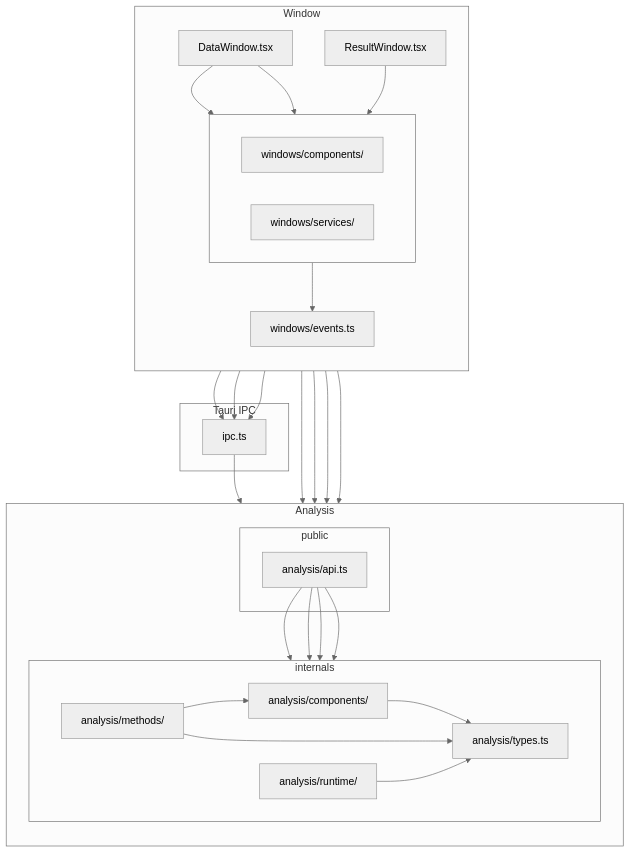
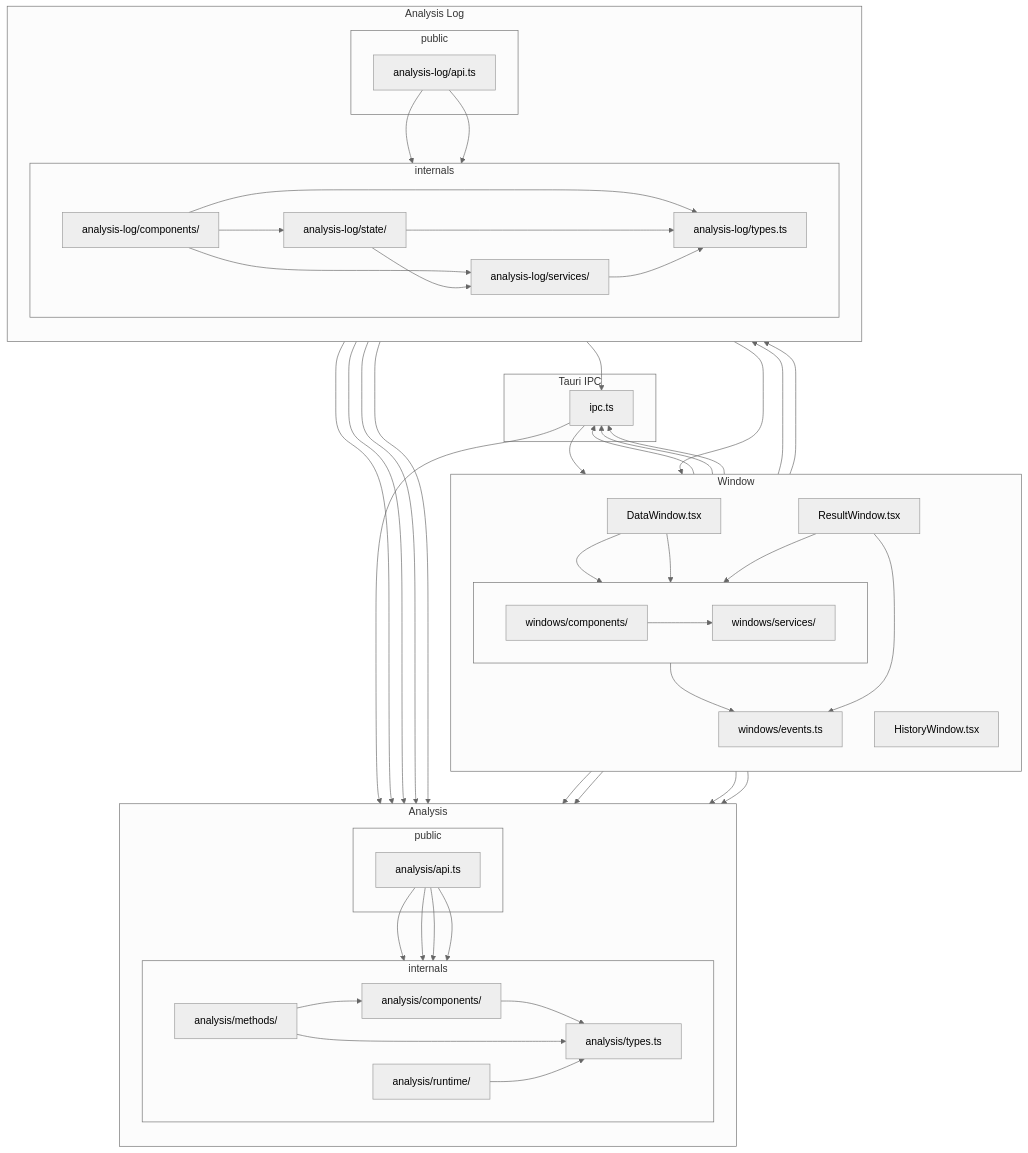
Before and after one commit to stkii/sai: the first of 3 diagrams in docs/ARCHITECTURE.md, drawn with Mermaid (neutral theme). The commit also changed other lines of this file and 17 other files, not shown here.

````diff
--- a/docs/ARCHITECTURE.md
+++ b/docs/ARCHITECTURE.md
@@ -13,6 +13,7 @@
 
     DW["DataWindow.tsx"]
     RW["ResultWindow.tsx"]
+    HW["HistoryWindow.tsx"]
     WE["windows/events.ts"]
 
     subgraph modules[" "]
@@ -38,6 +39,22 @@
     end
   end
 
+  subgraph AL["Analysis Log"]
+    direction TB
+
+    subgraph ALP["public"]
+      ALA["analysis-log/api.ts"]
+    end
+
+    subgraph ALI["internals"]
+      direction LR
+      ALC["analysis-log/components/"]
+      ALS["analysis-log/state/"]
+      ALV["analysis-log/services/"]
+      ALT["analysis-log/types.ts"]
+    end
+  end
+
   subgraph X["Tauri IPC"]
     I["ipc.ts"]
   end
@@ -49,20 +66,25 @@
   DW --> WS
 
   %% ResultWindow dependencies
-  RW --> I
+  RW --> ALA
+  RW --> WE
   RW --> WS
+  HW --> ALA
 
   %% windows/components
   WC --> I
   WC --> AA
   WC --> AC
+  WC --> WS
 
   %% windows/services
+  WS --> I
   WS --> AA
   WS --> WE
 
   %% ipc → analysis
   I --> AA
+  I --> WC
 
   %% Analysis internals
   AA --> AC
@@ -73,4 +95,20 @@
   AM --> AC
   AM --> AT
   AR --> AT
+
+  %% Analysis log feature
+  ALA --> ALC
+  ALA --> ALT
+  ALC --> AA
+  ALC --> ALS
+  ALC --> ALV
+  ALC --> ALT
+  ALS --> I
+  ALS --> AA
+  ALS --> WE
+  ALS --> ALV
+  ALS --> ALT
+  ALV --> AA
+  ALV --> ALT
+  ALT --> AA
 ```
````
